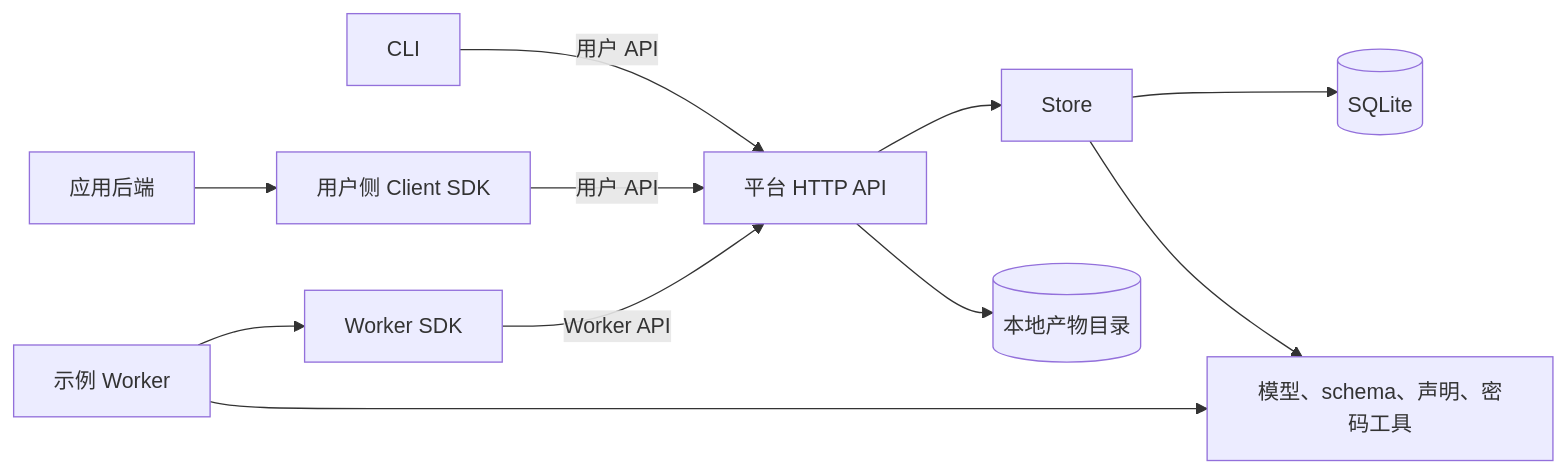
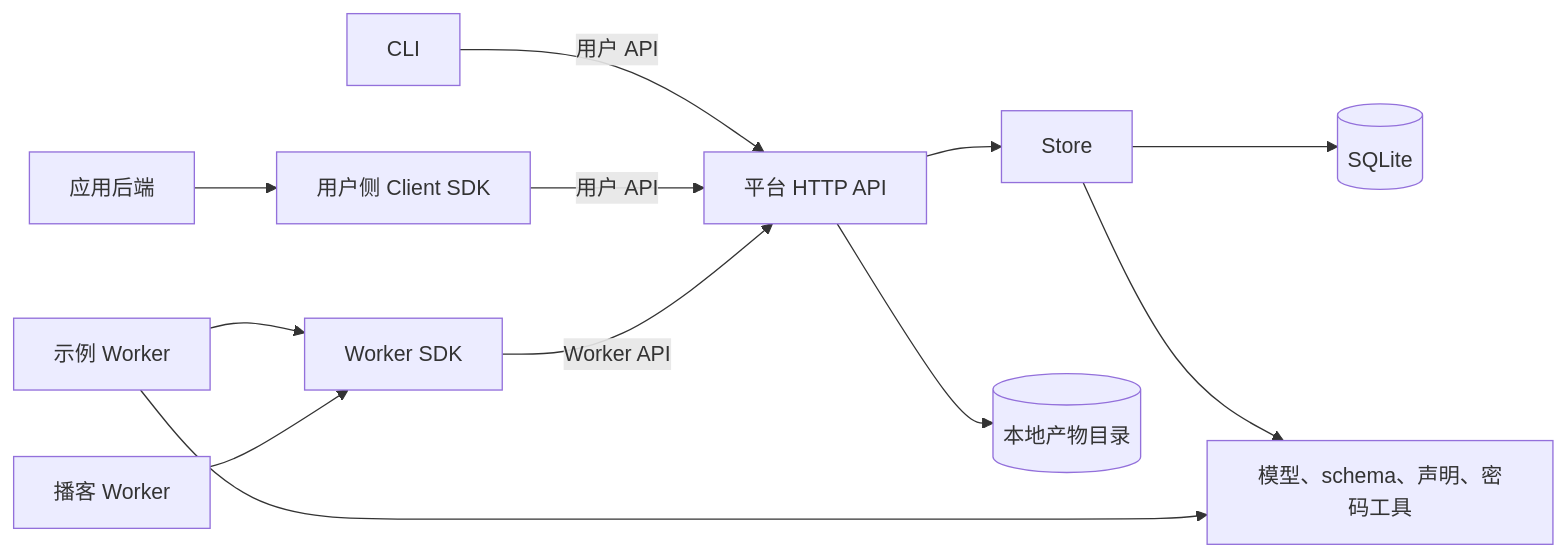
Before and after one commit to yueyao/yuxu-dynamic: the diagram in docs/modules.md, drawn with Mermaid. The commit also changed other lines of this file and 18 other files, not shown here.

Commit message:
feat(tasks): implement podcast transcription worker

````diff
--- a/docs/modules.md
+++ b/docs/modules.md
@@ -7,13 +7,14 @@
 ```mermaid
 flowchart LR
     CLI[CLI] -->|用户 API| HTTP[平台 HTTP API]
     WEB[应用后端] --> CLIENT[用户侧 Client SDK]
     CLIENT -->|用户 API| HTTP
     APP[示例 Worker] --> SDK[Worker SDK]
+    PODCAST[播客 Worker] --> SDK
     SDK -->|Worker API| HTTP
     HTTP --> STORE[Store]
     STORE --> DB[(SQLite)]
     HTTP --> FILES[(本地产物目录)]
     STORE --> CORE[模型、schema、声明、密码工具]
     APP --> CORE
 ```
````
